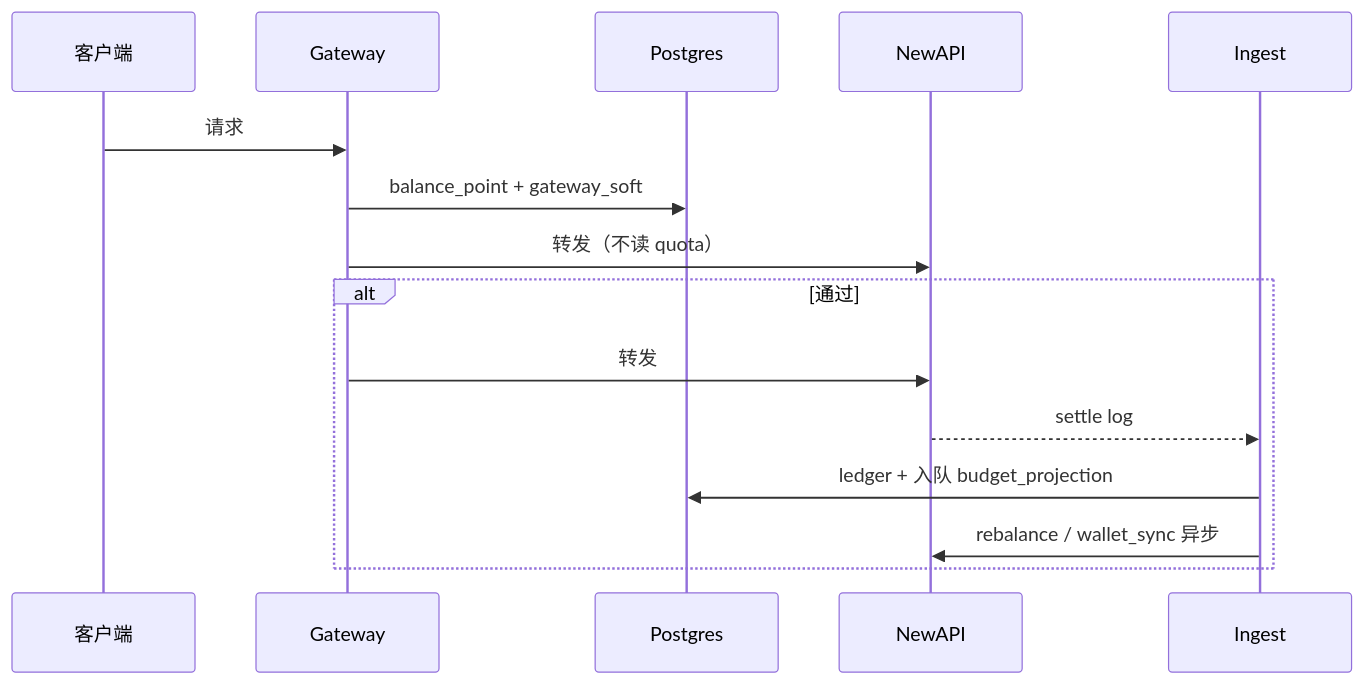
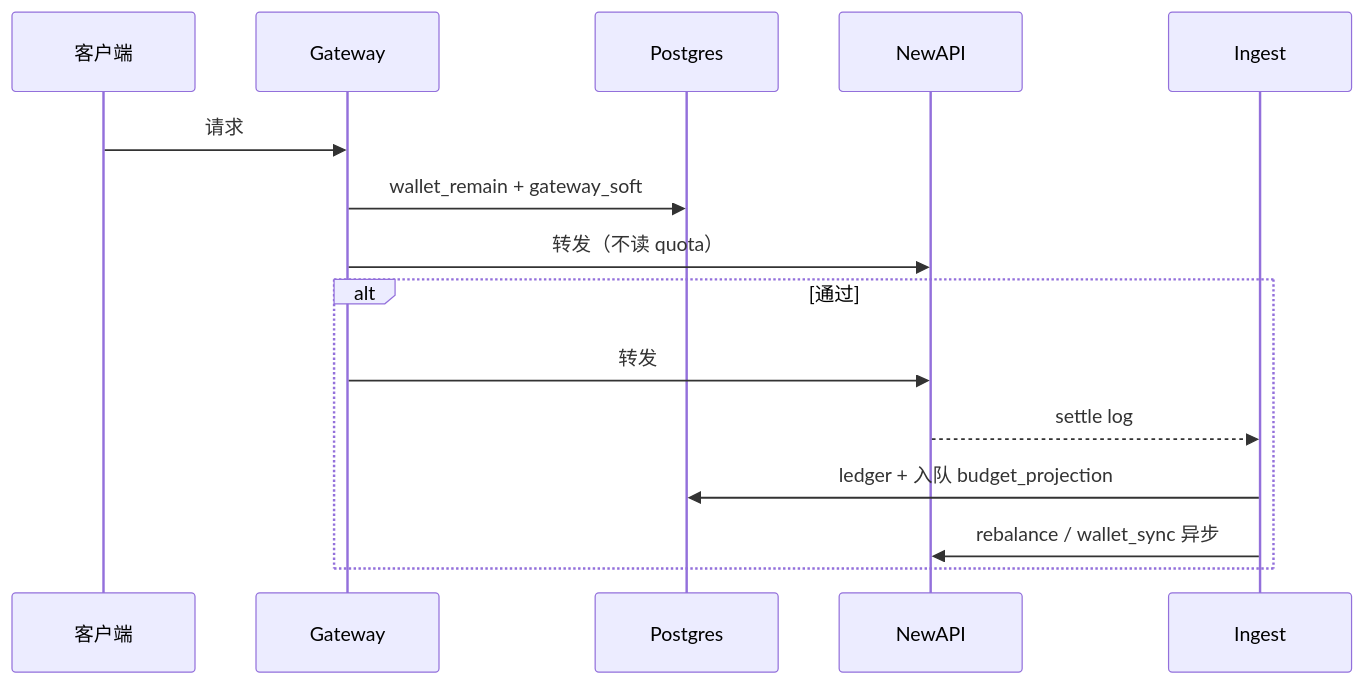
One commit to quyip8818/mytokenjoy changed the fourth of 6 diagrams in docs/架构评审-系统与数据模型.md. Above: the diagram before and after it, drawn with Mermaid. The commit also changed other lines of this file and 12 other files, not shown here.

````diff
--- a/docs/架构评审-系统与数据模型.md
+++ b/docs/架构评审-系统与数据模型.md
@@ -196,18 +198,18 @@
 ```mermaid
 sequenceDiagram
   participant C as 客户端
   participant GW as Gateway
   participant PG as Postgres
   participant NA as NewAPI
   participant ING as Ingest
 
   C->>GW: 请求
-  GW->>PG: balance_point + gateway_soft
+  GW->>PG: wallet_remain + gateway_soft
   GW->>NA: 转发（不读 quota）
   alt 通过
     GW->>NA: 转发
     NA-->>ING: settle log
     ING->>PG: ledger + 入队 budget_projection
     ING->>NA: rebalance / wallet_sync 异步
   end
 ```
````
